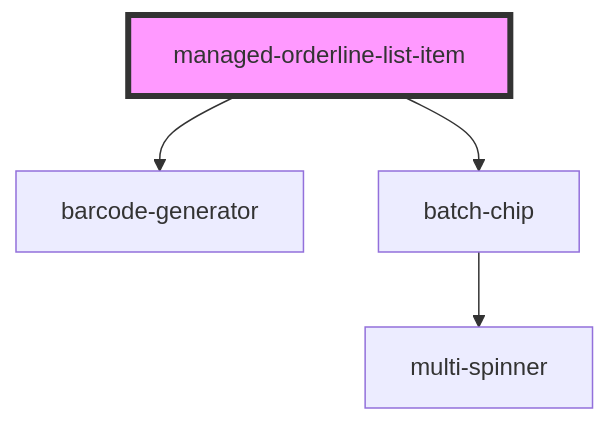
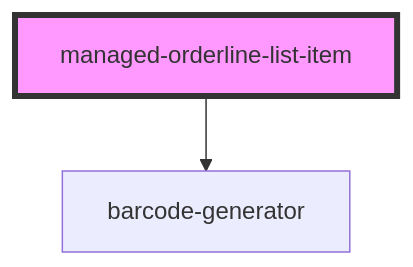
One commit to PharmaLedger-IMI/fgt-workspace changed the diagram in pdm-web-components/src/components/managed-orderline-list-item/readme.md. Above: the diagram before and after it, drawn with Mermaid. The commit also changed other lines of this file and 5 other files, not shown here.

````diff
--- a/pdm-web-components/src/components/managed-orderline-list-item/readme.md
+++ b/pdm-web-components/src/components/managed-orderline-list-item/readme.md
@@ -44,7 +43,5 @@
 ```mermaid
 graph TD;
   managed-orderline-list-item --> barcode-generator
-  managed-orderline-list-item --> batch-chip
-  batch-chip --> multi-spinner
   style managed-orderline-list-item fill:#f9f,stroke:#333,stroke-width:4px
 ```
````
